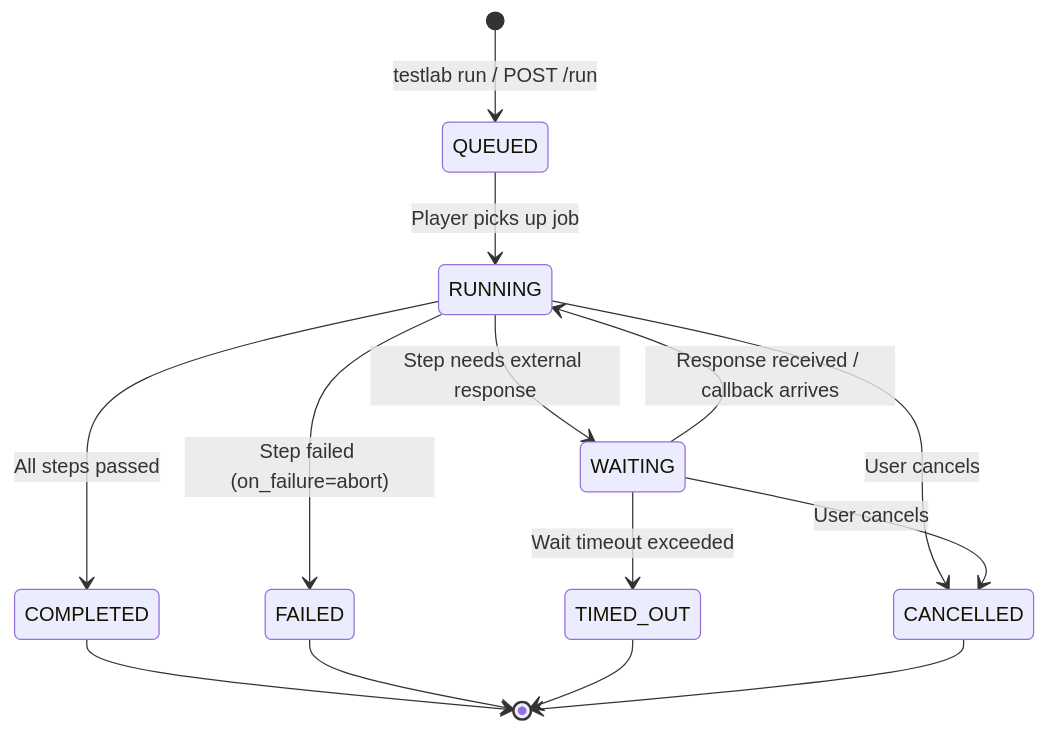
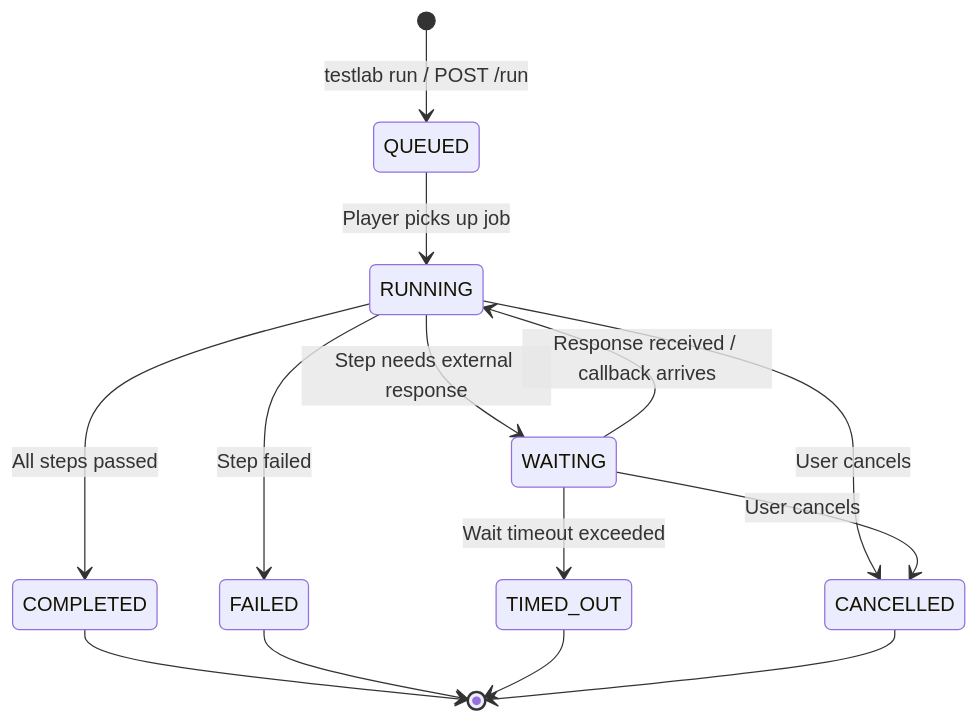
Before and after one commit to eclipse-tractusx/tractusx-testlab: the fifth of 15 diagrams in docs/specification/specification/concepts.md, drawn with Mermaid. The commit also changed other lines of this file and 103 other files, not shown here.

````diff
--- a/docs/specification/specification/concepts.md
+++ b/docs/specification/specification/concepts.md
@@ -183,17 +181,17 @@
 ```mermaid
 stateDiagram-v2
     [*] --> QUEUED : testlab run / POST /run
     QUEUED --> RUNNING : Player picks up job
     RUNNING --> WAITING : Step needs external response
     WAITING --> RUNNING : Response received / callback arrives
     RUNNING --> COMPLETED : All steps passed
-    RUNNING --> FAILED : Step failed (on_failure=abort)
+    RUNNING --> FAILED : Step failed
     WAITING --> TIMED_OUT : Wait timeout exceeded
     RUNNING --> CANCELLED : User cancels
     WAITING --> CANCELLED : User cancels
 
     COMPLETED --> [*]
     FAILED --> [*]
     TIMED_OUT --> [*]
     CANCELLED --> [*]
 ```
````
